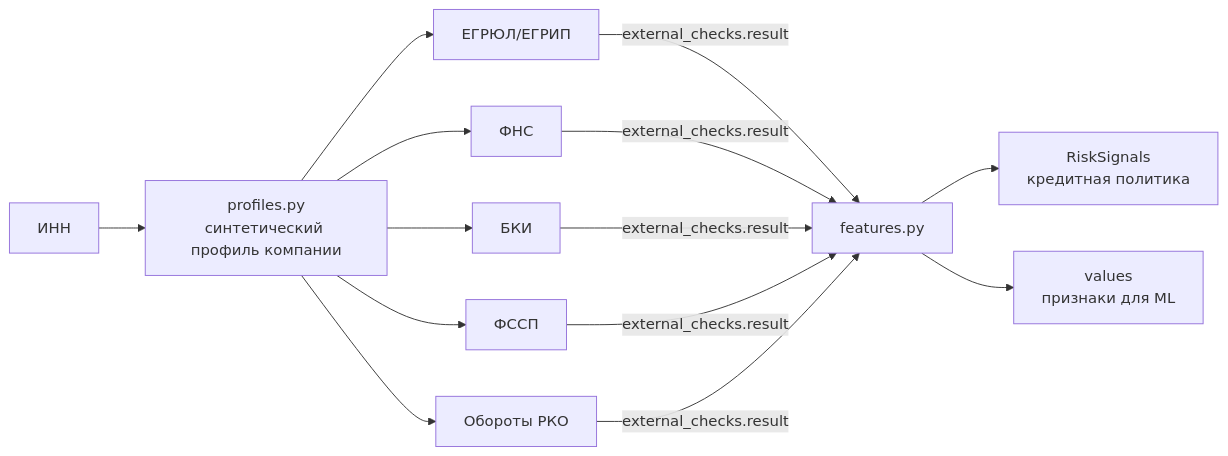
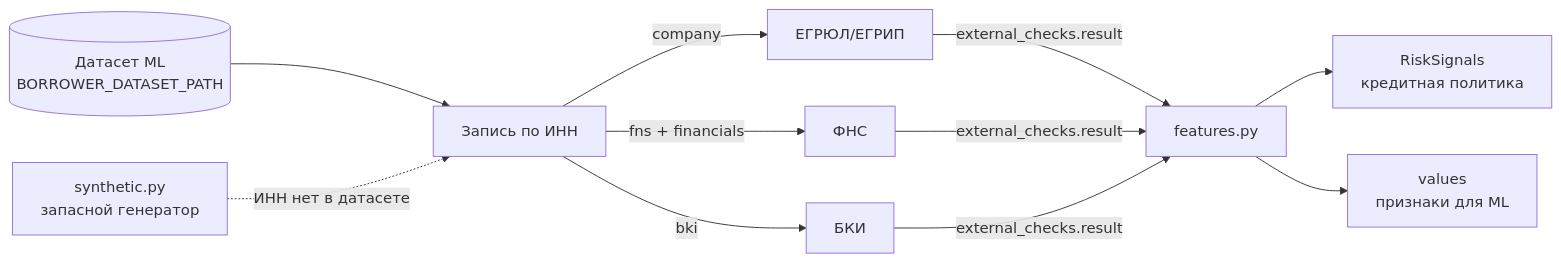
One commit to makarovaeva/smart-credit-online-office changed the diagram in docs/external-sources.md. Above: the diagram before and after it, drawn with Mermaid. The commit also changed other lines of this file and 21 other files, not shown here.

Commit message:
Switch mock external sources to the ML borrower record format

````diff
--- a/docs/external-sources.md
+++ b/docs/external-sources.md
@@ -11,8 +12,11 @@
 ```mermaid
 flowchart LR
-    INN[ИНН] --> P[profiles.py<br/>синтетический профиль компании]
-    P --> EGRUL[ЕГРЮЛ/ЕГРИП] & FNS[ФНС] & BKI[БКИ] & FSSP[ФССП] & RKO[Обороты РКО]
-    EGRUL & FNS & BKI & FSSP & RKO -->|external_checks.result| F[features.py]
+    DS[(Датасет ML<br/>BORROWER_DATASET_PATH)] --> R[Запись по ИНН]
+    GEN[synthetic.py<br/>запасной генератор] -.->|ИНН нет в датасете| R
+    R -->|company| EGRUL[ЕГРЮЛ/ЕГРИП]
+    R -->|fns + financials| FNS[ФНС]
+    R -->|bki| BKI[БКИ]
+    EGRUL & FNS & BKI -->|external_checks.result| F[features.py]
     F --> RS[RiskSignals<br/>кредитная политика]
     F --> ML[values<br/>признаки для ML]
 ```
````
